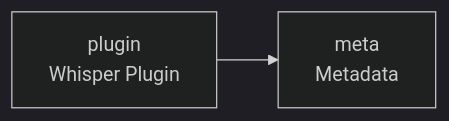
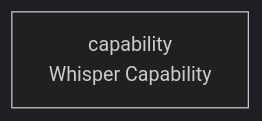
The diagram in README.md (cj-mills/cjm-transcription-plugin-whisper), drawn with Mermaid (dark theme) before and after one commit. The commit also changed other lines of this file and 9 other files, not shown here.

First line of the commit message:
Stage 9 cascade (Layer 2b): rename cjm-transcription-plugin-whisper -> cjm-capability-whisper

````diff
--- a/README.md
+++ b/README.md
@@ -22,7 +21,4 @@
 ``` mermaid
 graph LR
-    meta[meta<br/>Metadata]
-    plugin[plugin<br/>Whisper Plugin]
-
-    plugin --> meta
+    capability[capability<br/>Whisper Capability]
 ```
````
